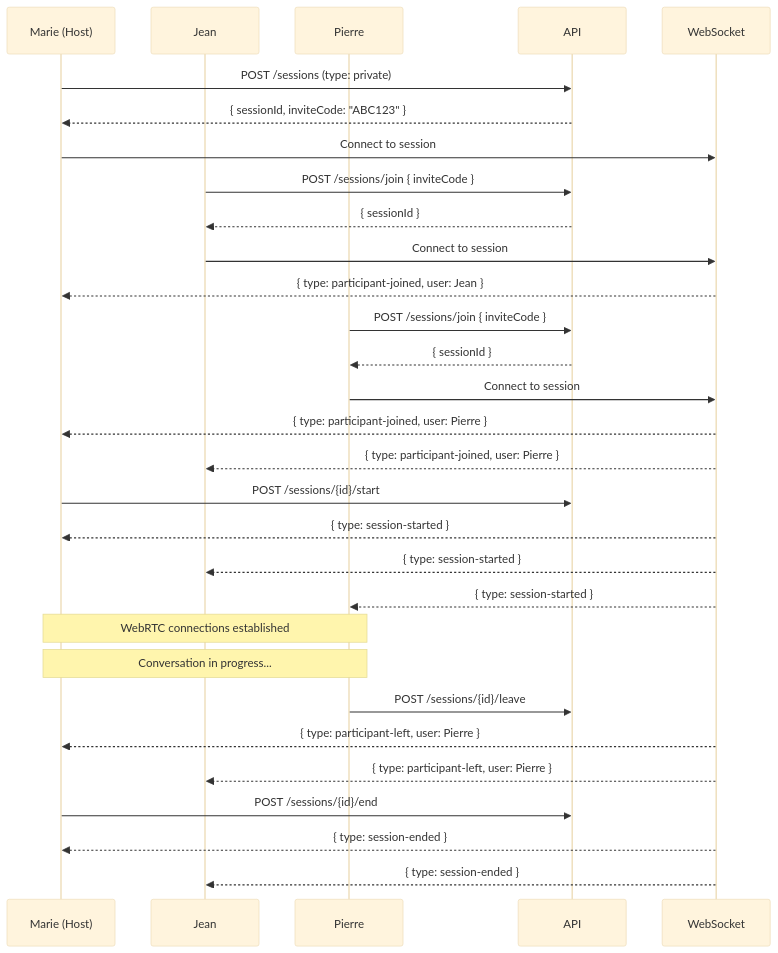
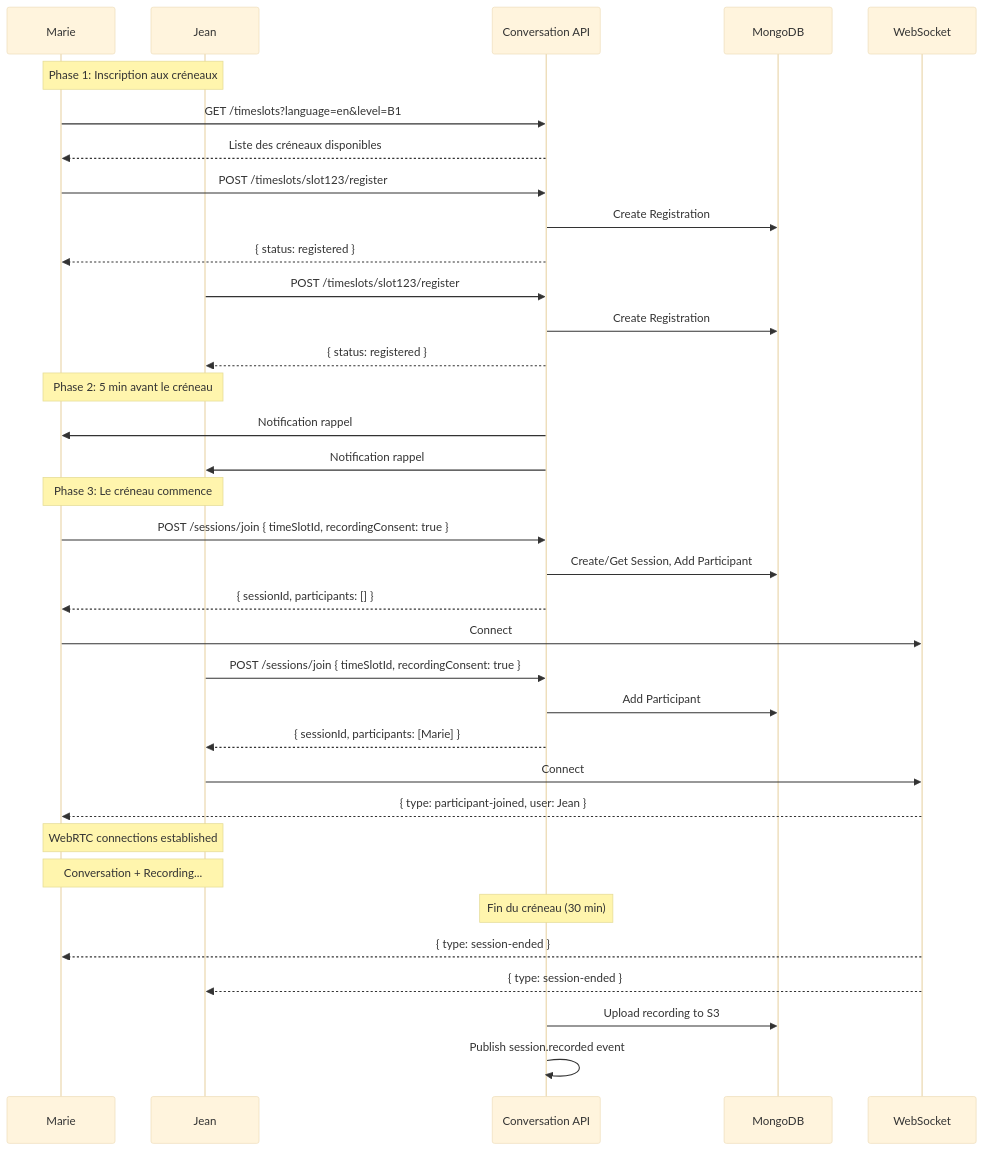
Before and after one commit to we-speak-org/wespeak-specifications: the second of 6 diagrams in 03-conversation-service/DIAGRAMS.md, drawn with Mermaid (base theme). The commit also changed other lines of this file and 15 other files, not shown here.

First line of the commit message:
refactor(conversation-service): simplify model with timeslots, registrations and recording

````diff
--- a/03-conversation-service/DIAGRAMS.md
+++ b/03-conversation-service/DIAGRAMS.md
@@ -100,40 +63,50 @@
 ```mermaid
 sequenceDiagram
-    participant Host as Marie (Host)
-    participant P1 as Jean
-    participant P2 as Pierre
-    participant API as API
+    participant U1 as Marie
+    participant U2 as Jean
+    participant API as Conversation API
+    participant DB as MongoDB
     participant WS as WebSocket
 
-    Host->>API: POST /sessions (type: private)
-    API-->>Host: { sessionId, inviteCode: "ABC123" }
+    Note over U1,U2: Phase 1: Inscription aux créneaux
+
+    U1->>API: GET /timeslots?language=en&level=B1
+    API-->>U1: Liste des créneaux disponibles
     
-    Host->>WS: Connect to session
+    U1->>API: POST /timeslots/slot123/register
+    API->>DB: Create Registration
+    API-->>U1: { status: registered }
     
-    P1->>API: POST /sessions/join { inviteCode }
-    API-->>P1: { sessionId }
-    P1->>WS: Connect to session
-    WS-->>Host: { type: participant-joined, user: Jean }
+    U2->>API: POST /timeslots/slot123/register
+    API->>DB: Create Registration
+    API-->>U2: { status: registered }
+
+    Note over U1,U2: Phase 2: 5 min avant le créneau
     
-    P2->>API: POST /sessions/join { inviteCode }
-    API-->>P2: { sessionId }
-    P2->>WS: Connect to session
-    WS-->>Host: { type: participant-joined, user: Pierre }
-    WS-->>P1: { type: participant-joined, user: Pierre }
+    API->>U1: Notification rappel
+    API->>U2: Notification rappel
+
+    Note over U1,U2: Phase 3: Le créneau commence
+
+    U1->>API: POST /sessions/join { timeSlotId, recordingConsent: true }
+    API->>DB: Create/Get Session, Add Participant
+    API-->>U1: { sessionId, participants: [] }
+    U1->>WS: Connect
     
-    Host->>API: POST /sessions/{id}/start
-    WS-->>Host: { type: session-started }
-    WS-->>P1: { type: session-started }
-    WS-->>P2: { type: session-started }
+    U2->>API: POST /sessions/join { timeSlotId, recordingConsent: true }
+    API->>DB: Add Participant
+    API-->>U2: { sessionId, participants: [Marie] }
+    U2->>WS: Connect
     
-    Note over Host,P2: WebRTC connections established
-    Note over Host,P2: Conversation in progress...
+    WS-->>U1: { type: participant-joined, user: Jean }
     
-    P2->>API: POST /sessions/{id}/leave
-    WS-->>Host: { type: participant-left, user: Pierre }
-    WS-->>P1: { type: participant-left, user: Pierre }
+    Note over U1,U2: WebRTC connections established
+    Note over U1,U2: Conversation + Recording...
     
-    Host->>API: POST /sessions/{id}/end
-    WS-->>Host: { type: session-ended }
-    WS-->>P1: { type: session-ended }
+    Note over API: Fin du créneau (30 min)
+    
+    WS-->>U1: { type: session-ended }
+    WS-->>U2: { type: session-ended }
+    API->>DB: Upload recording to S3
+    API->>API: Publish session.recorded event
 ```
````
